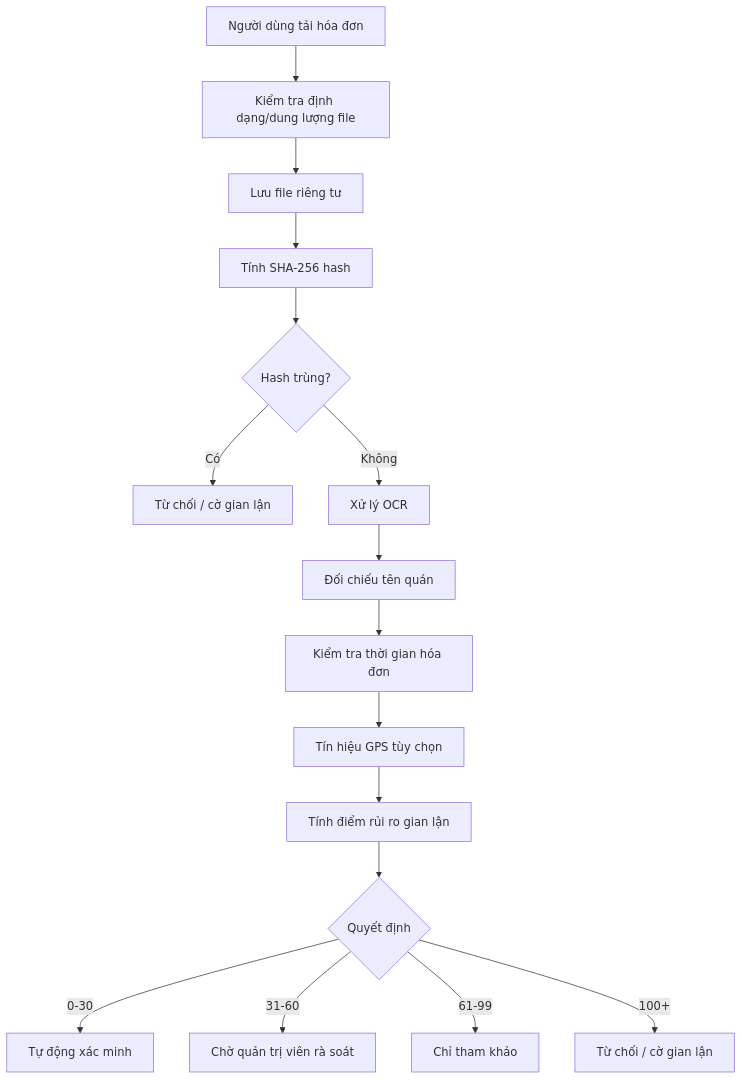
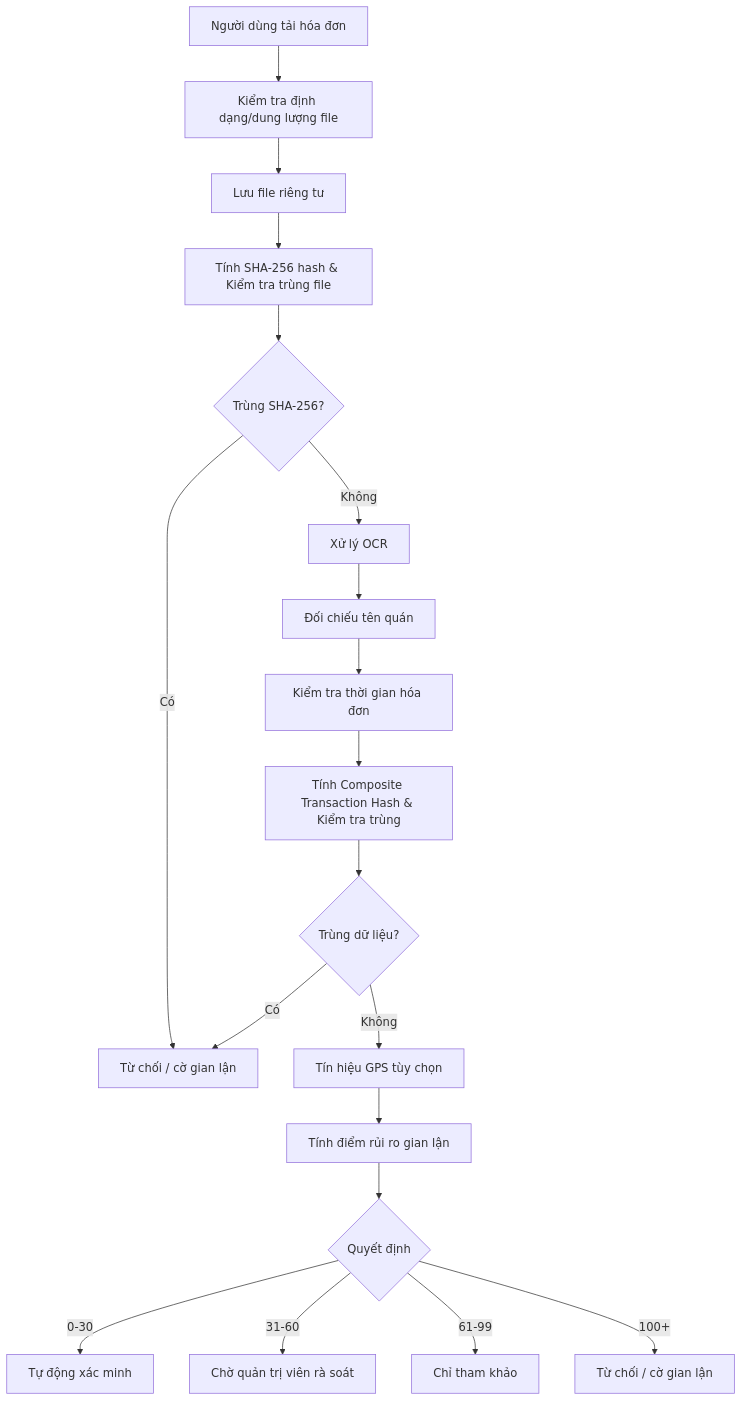
The diagram in 05_Security_Algorithms/Anti_Fraud_Specification.md (NguyenSonnt04/docs_trustbite), drawn with Mermaid before and after one commit. The commit also changed other lines of this file and 4 other files, not shown here.

````diff
--- a/05_Security_Algorithms/Anti_Fraud_Specification.md
+++ b/05_Security_Algorithms/Anti_Fraud_Specification.md
@@ -31,18 +31,21 @@
 ```mermaid
 graph TD
     A[Người dùng tải hóa đơn] --> B[Kiểm tra định dạng/dung lượng file]
     B --> C[Lưu file riêng tư]
-    C --> D[Tính SHA-256 hash]
-    D --> E{Hash trùng?}
+    C --> D[Tính SHA-256 hash & Kiểm tra trùng file]
+    D --> E{Trùng SHA-256?}
     E -->|Có| R[Từ chối / cờ gian lận]
     E -->|Không| F[Xử lý OCR]
     F --> G[Đối chiếu tên quán]
     G --> H[Kiểm tra thời gian hóa đơn]
-    H --> I[Tín hiệu GPS tùy chọn]
+    H --> H1[Tính Composite Transaction Hash & Kiểm tra trùng]
+    H1 --> H2{Trùng dữ liệu?}
+    H2 -->|Có| R[Từ chối / cờ gian lận]
+    H2 -->|Không| I[Tín hiệu GPS tùy chọn]
     I --> J[Tính điểm rủi ro gian lận]
     J --> K{Quyết định}
     K -->|0-30| V[Tự động xác minh]
     K -->|31-60| P[Chờ quản trị viên rà soát]
     K -->|61-99| O[Chỉ tham khảo]
     K -->|100+| X[Từ chối / cờ gian lận]
 ```
````
